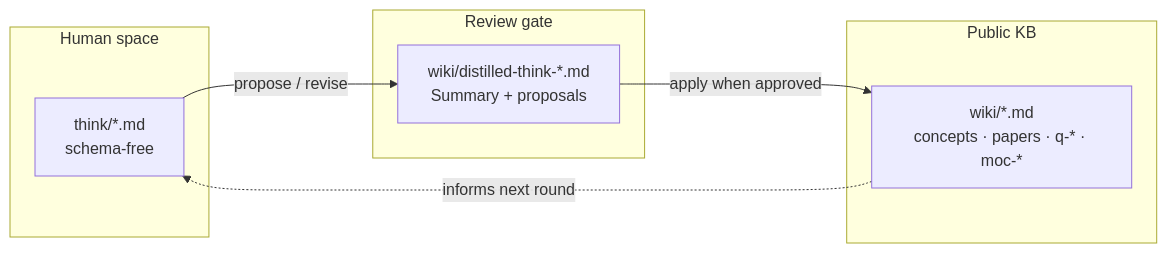
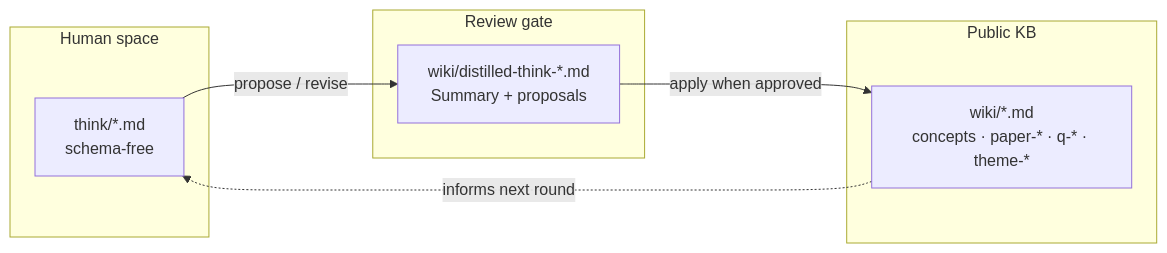
Before and after one commit to yGit741/kb-distillery: the first of 2 diagrams in README.md, drawn with Mermaid. The commit also changed other lines of this file and 40 other files, not shown here.

Commit message:
schema(model): raw by format, collection column, type-prefixed slugs

````diff
--- a/README.md
+++ b/README.md
@@ -38,15 +38,15 @@
 ```mermaid
 flowchart LR
   subgraph human [Human space]
   Think["think/*.md\nschema-free"]
   end
   subgraph review [Review gate]
   Distilled["wiki/distilled-think-*.md\nSummary + proposals"]
   end
   subgraph public [Public KB]
-  Wiki["wiki/*.md\nconcepts · papers · q-* · moc-*"]
+  Wiki["wiki/*.md\nconcepts · paper-* · q-* · theme-*"]
   end
   Think -->|propose / revise| Distilled
   Distilled -->|apply when approved| Wiki
   Wiki -.->|informs next round| Think
 ```
````
